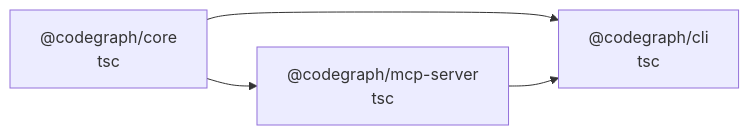
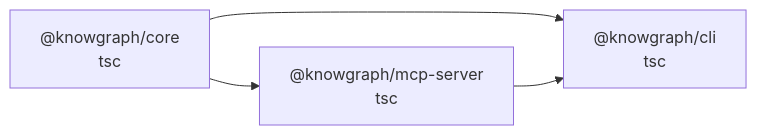
Before and after one commit to idosams/know-know: the tenth of 12 diagrams in docs/README.md, drawn with Mermaid. The commit also changed other lines of this file and 107 other files, not shown here.

First line of the commit message:
refactor: rename codegraph to knowgraph across entire project (#8)

````diff
--- a/docs/README.md
+++ b/docs/README.md
@@ -690,6 +690,6 @@
 ```mermaid
 graph LR
-    CORE["@codegraph/core<br/>tsc"] --> MCP["@codegraph/mcp-server<br/>tsc"]
-    CORE --> CLI["@codegraph/cli<br/>tsc"]
+    CORE["@knowgraph/core<br/>tsc"] --> MCP["@knowgraph/mcp-server<br/>tsc"]
+    CORE --> CLI["@knowgraph/cli<br/>tsc"]
     MCP --> CLI
 ```
````
